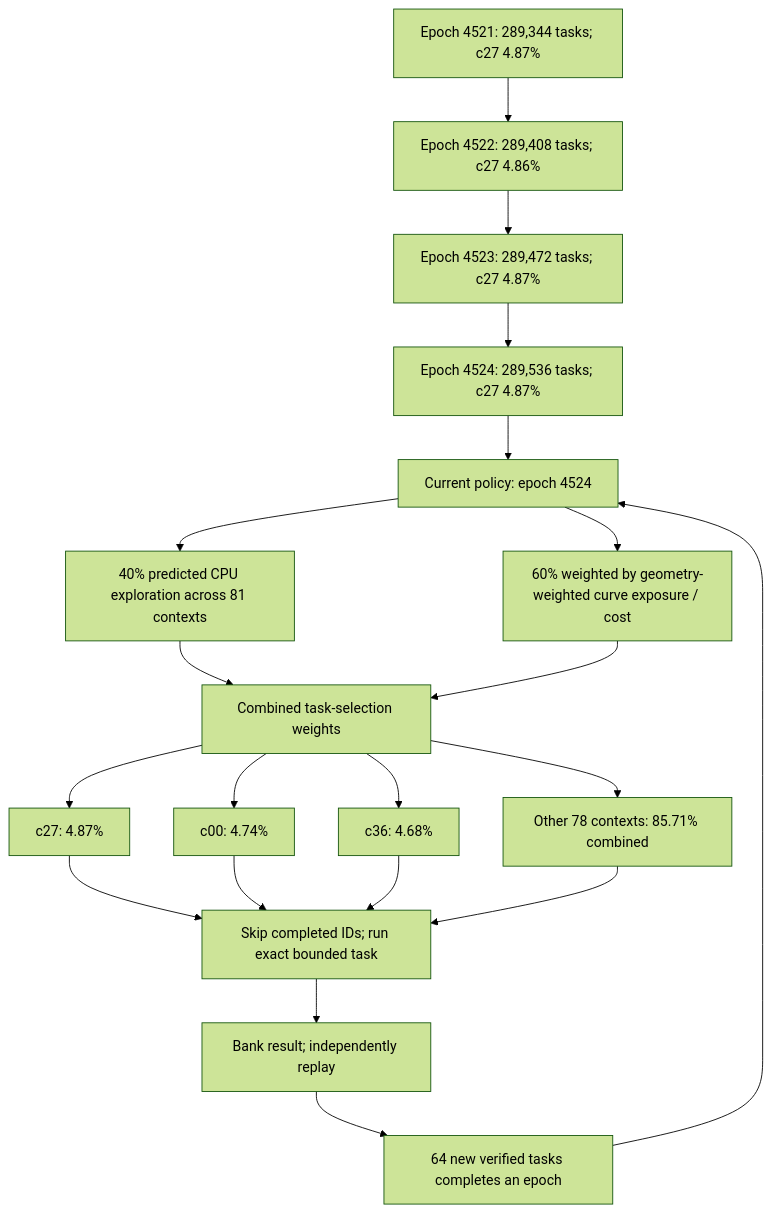
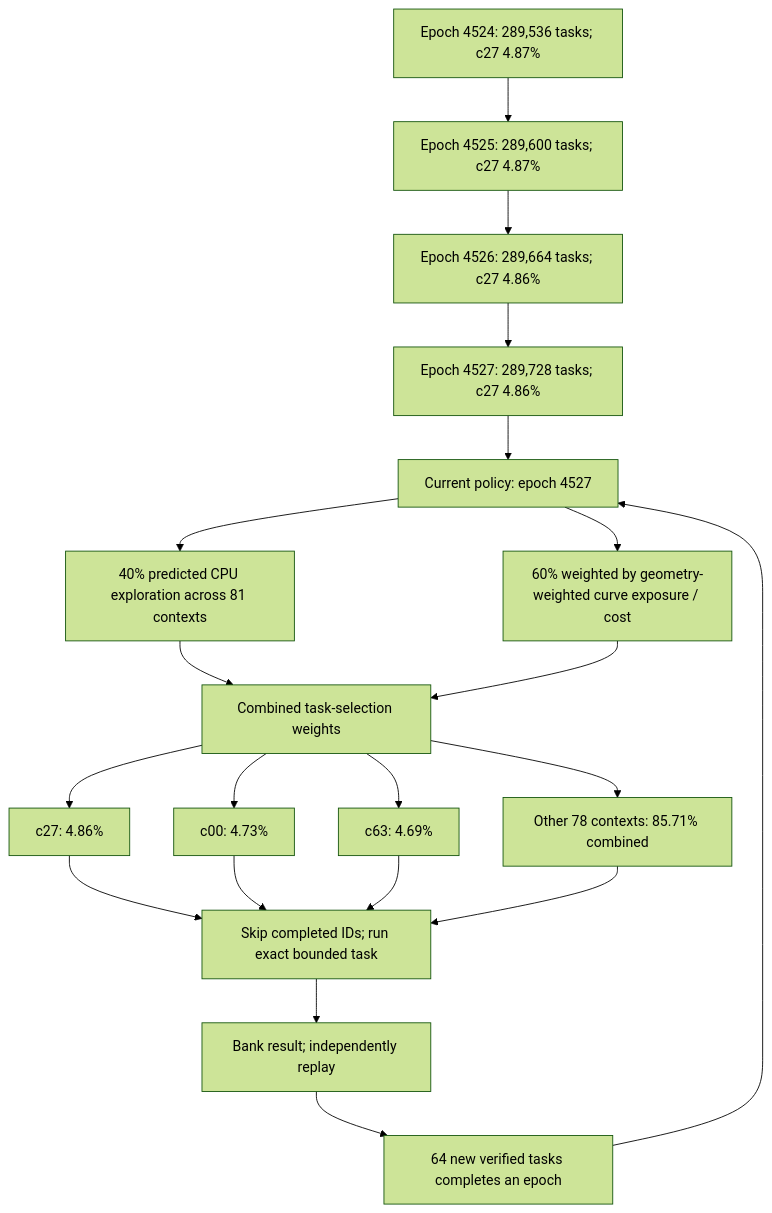
Before and after one commit to Kuberwastaken/math-gambling: the first of 3 diagrams in README.md, drawn with Mermaid (forest theme). The commit also changed other lines of this file and 3057 other files, not shown here.

````diff
--- a/README.md
+++ b/README.md
@@ -60,27 +60,27 @@
 ```mermaid
 flowchart TD
-    H0["Epoch 4521: 289,344 tasks; c27 4.87%"]
-    H1["Epoch 4522: 289,408 tasks; c27 4.86%"]
+    H0["Epoch 4524: 289,536 tasks; c27 4.87%"]
+    H1["Epoch 4525: 289,600 tasks; c27 4.87%"]
     H0 --> H1
-    H2["Epoch 4523: 289,472 tasks; c27 4.87%"]
+    H2["Epoch 4526: 289,664 tasks; c27 4.86%"]
     H1 --> H2
-    H3["Epoch 4524: 289,536 tasks; c27 4.87%"]
+    H3["Epoch 4527: 289,728 tasks; c27 4.86%"]
     H2 --> H3
-    Policy["Current policy: epoch 4524"]
+    Policy["Current policy: epoch 4527"]
     H3 --> Policy
     Policy --> Explore["40% predicted CPU exploration across 81 contexts"]
     Policy --> Cost["60% weighted by geometry-weighted curve exposure / cost"]
     Explore --> Mix["Combined task-selection weights"]
     Cost --> Mix
-    Mix --> C0["c27: 4.87%"]
-    Mix --> C1["c00: 4.74%"]
-    Mix --> C2["c36: 4.68%"]
+    Mix --> C0["c27: 4.86%"]
+    Mix --> C1["c00: 4.73%"]
+    Mix --> C2["c63: 4.69%"]
     Mix --> Rest["Other 78 contexts: 85.71% combined"]
     C0 --> Check["Skip completed IDs; run exact bounded task"]
     C1 --> Check
     C2 --> Check
     Rest --> Check
     Check --> Replay["Bank result; independently replay"]
     Replay --> Gate["64 new verified tasks completes an epoch"]
     Gate --> Policy
 ```
````
